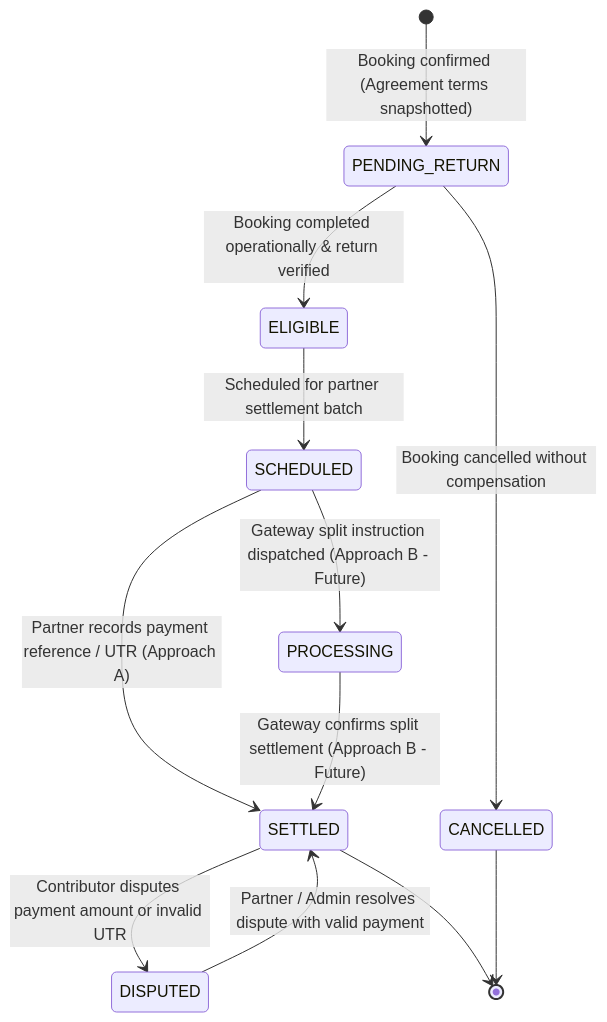
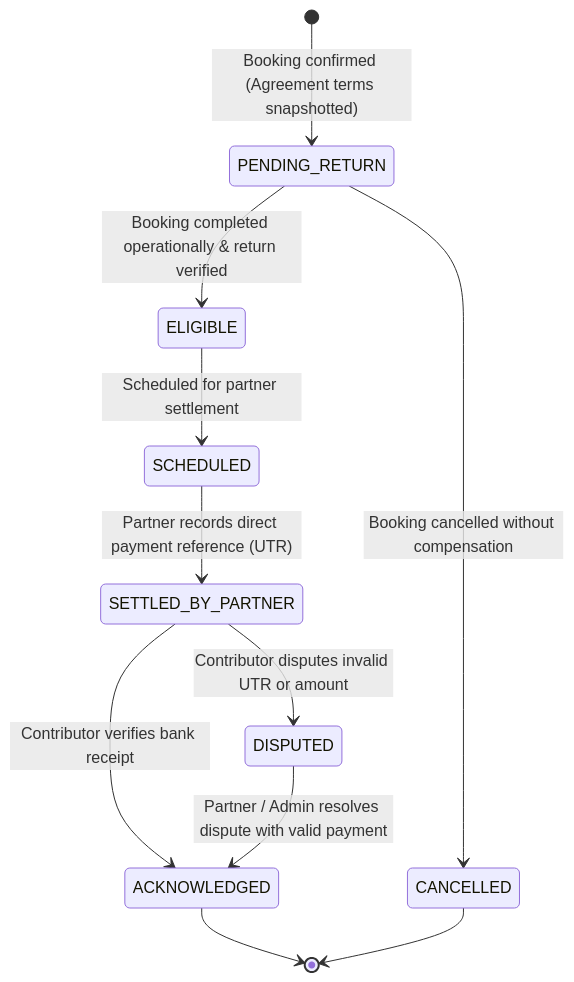
The ninth of 10 diagrams in docs/STATE_MACHINES.md (jayasai14/vehicle-rental-platform), drawn with Mermaid before and after one commit. The commit also changed other lines of this file and 13 other files, not shown here.

````diff
--- a/docs/STATE_MACHINES.md
+++ b/docs/STATE_MACHINES.md
@@ -252,17 +280,16 @@
 ```mermaid
 stateDiagram-v2
     [*] --> PENDING_RETURN: Booking confirmed (Agreement terms snapshotted)
     PENDING_RETURN --> ELIGIBLE: Booking completed operationally & return verified
     PENDING_RETURN --> CANCELLED: Booking cancelled without compensation
     
-    ELIGIBLE --> SCHEDULED: Scheduled for partner settlement batch
-    SCHEDULED --> SETTLED: Partner records payment reference / UTR (Approach A)
-    SCHEDULED --> PROCESSING: Gateway split instruction dispatched (Approach B - Future)
-    PROCESSING --> SETTLED: Gateway confirms split settlement (Approach B - Future)
+    ELIGIBLE --> SCHEDULED: Scheduled for partner settlement
+    SCHEDULED --> SETTLED_BY_PARTNER: Partner records direct payment reference (UTR)
     
-    SETTLED --> DISPUTED: Contributor disputes payment amount or invalid UTR
-    DISPUTED --> SETTLED: Partner / Admin resolves dispute with valid payment
+    SETTLED_BY_PARTNER --> ACKNOWLEDGED: Contributor verifies bank receipt
+    SETTLED_BY_PARTNER --> DISPUTED: Contributor disputes invalid UTR or amount
+    DISPUTED --> ACKNOWLEDGED: Partner / Admin resolves dispute with valid payment
     
-    SETTLED --> [*]
+    ACKNOWLEDGED --> [*]
     CANCELLED --> [*]
 ```
````
